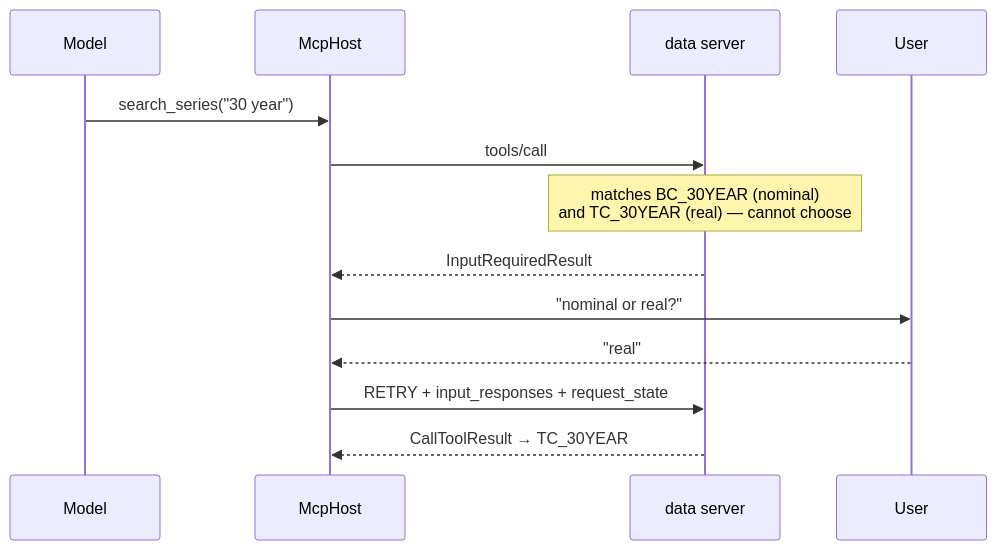
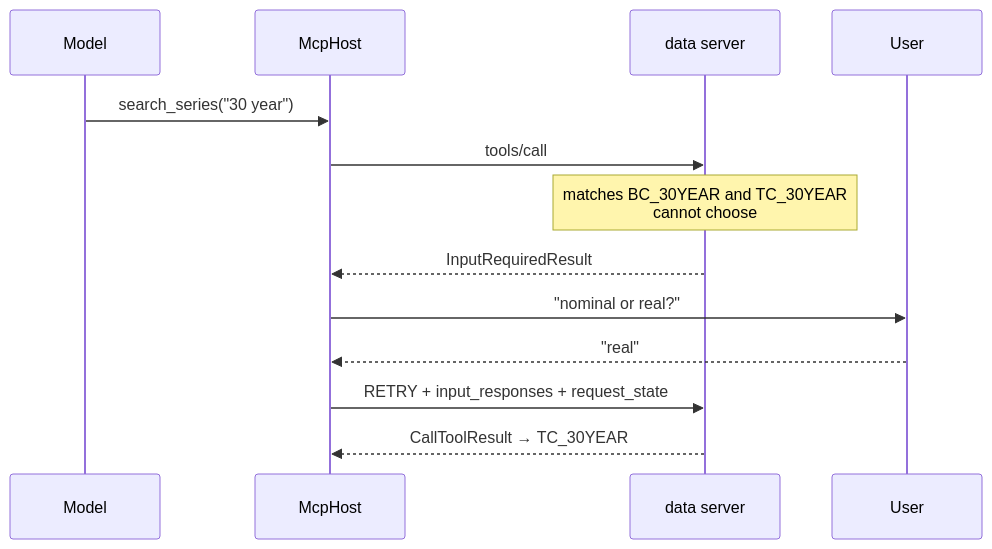
One commit to KrishnaAnnavaram/semantic-mcp-data-access-gateway changed the eighth of 10 diagrams in README.md. Above: the diagram before and after it, drawn with Mermaid. The commit also changed other lines of this file, not shown here.

````diff
--- a/README.md
+++ b/README.md
@@ -419,15 +646,15 @@
 ```mermaid
 sequenceDiagram
     participant M as Model
     participant H as McpHost
     participant S as data server
     participant U as User
     M->>H: search_series("30 year")
     H->>S: tools/call
-    Note over S: matches BC_30YEAR (nominal)<br/>and TC_30YEAR (real) — cannot choose
+    Note over S: matches BC_30YEAR and TC_30YEAR<br/>cannot choose
     S-->>H: InputRequiredResult
     H->>U: "nominal or real?"
     U-->>H: "real"
     H->>S: RETRY + input_responses + request_state
     S-->>H: CallToolResult → TC_30YEAR
 ```
````
